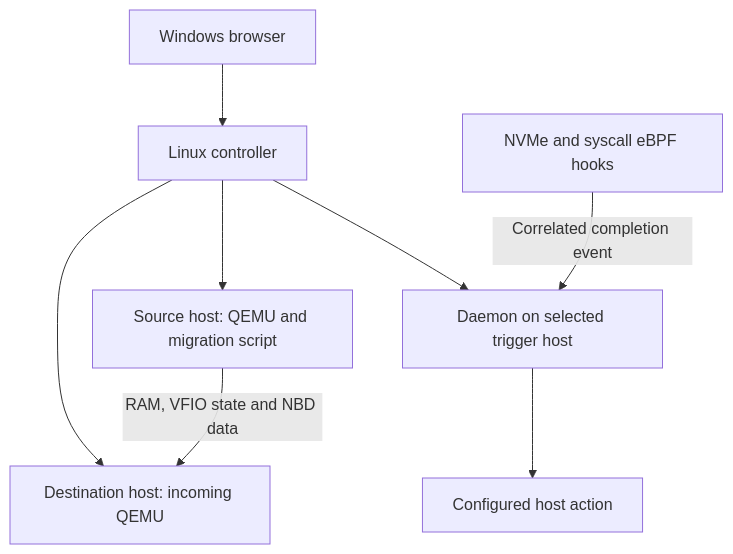
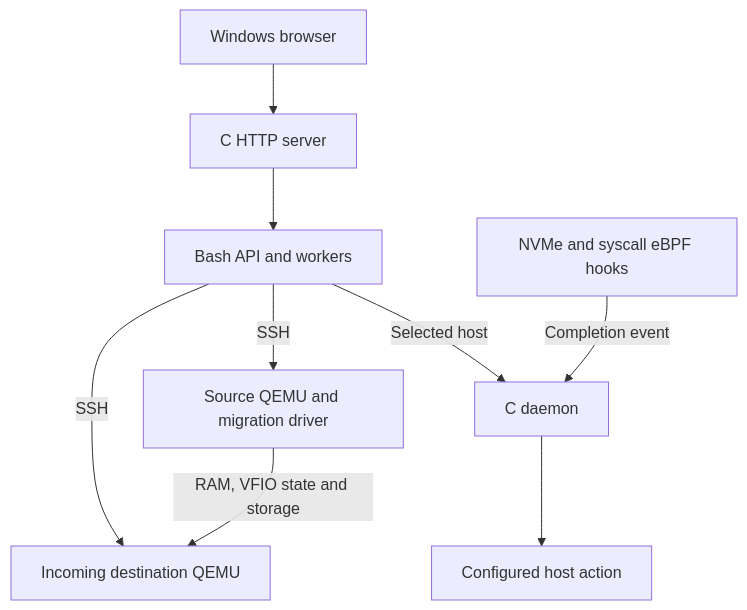
Before and after one commit to kundanthebest/uvp: the diagram in docs/ARCHITECTURE_V2.md, drawn with Mermaid. The commit also changed other lines of this file and 64 other files, not shown here.

Commit message:
Port the UVP controller, host orchestration and tests to shell and C

````diff
--- a/docs/ARCHITECTURE_V2.md
+++ b/docs/ARCHITECTURE_V2.md
@@ -5,10 +5,11 @@
 ```mermaid
 flowchart TB
-    Browser["Windows browser"] --> Controller["Linux controller"]
-    Controller --> Source["Source host: QEMU and migration script"]
-    Controller --> Destination["Destination host: incoming QEMU"]
-    Source -->|"RAM, VFIO state and NBD data"| Destination
-    Controller --> Daemon["Daemon on selected trigger host"]
-    Hooks["NVMe and syscall eBPF hooks"] -->|"Correlated completion event"| Daemon
+    Browser["Windows browser"] --> HTTP["C HTTP server"]
+    HTTP --> API["Bash API and workers"]
+    API -->|"SSH"| Src["Source QEMU and migration driver"]
+    API -->|"SSH"| Dst["Incoming destination QEMU"]
+    Src -->|"RAM, VFIO state and storage"| Dst
+    API -->|"Selected host"| Daemon["C daemon"]
+    Hooks["NVMe and syscall eBPF hooks"] -->|"Completion event"| Daemon
     Daemon --> Action["Configured host action"]
 ```
````
